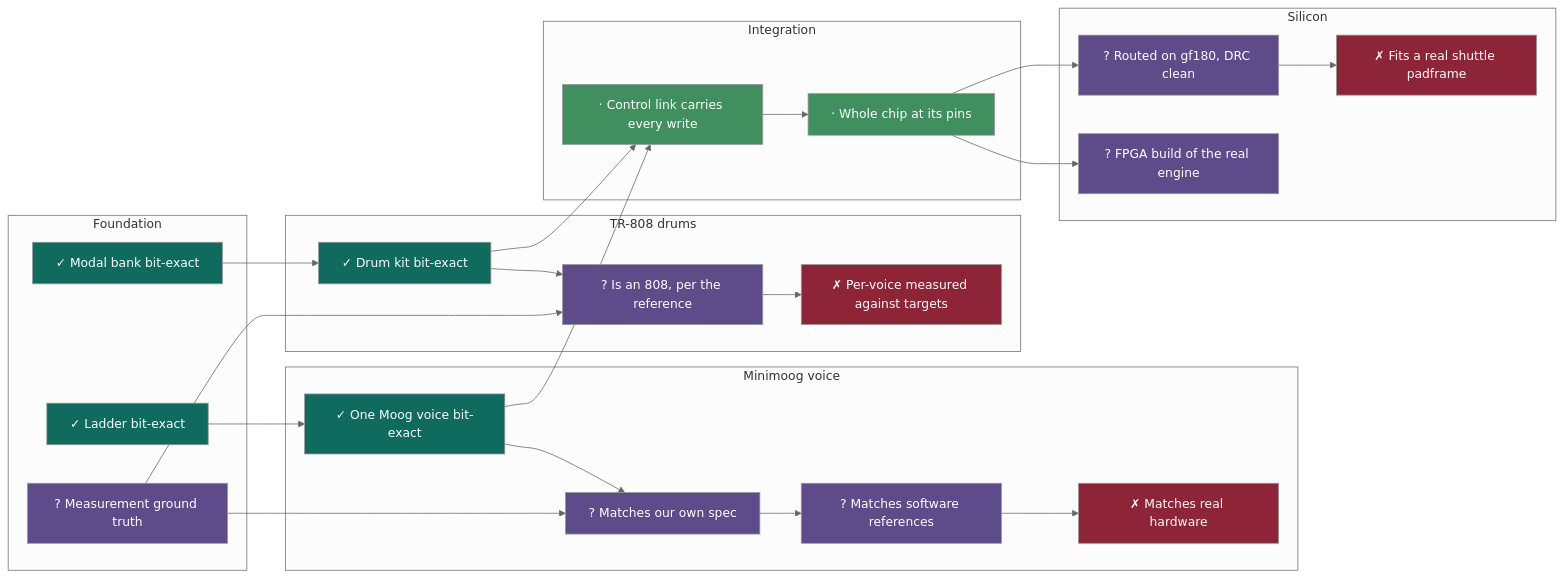
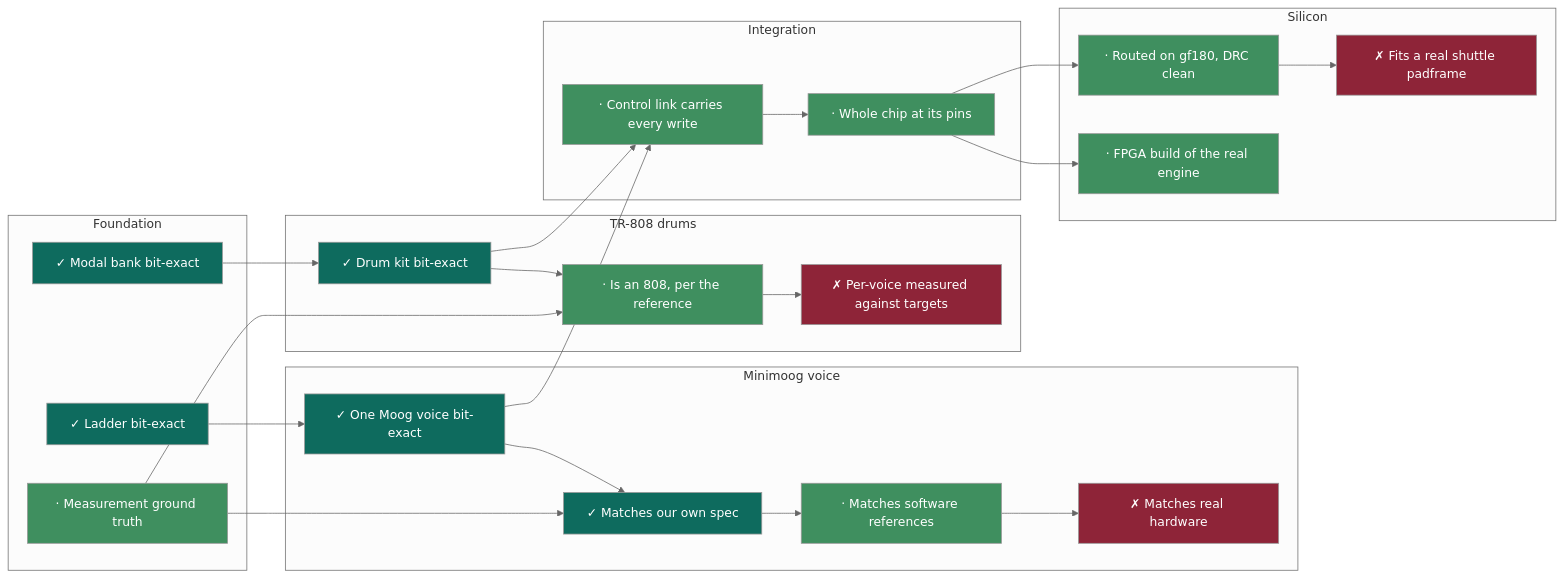
One commit to 2AMLogic/gf180-parasynth changed the diagram in README.md. Above: the diagram before and after it, drawn with Mermaid (neutral theme). The commit also changed other lines of this file, not shown here.

Commit message:
Regenerate the roadmap table over the merged records
docs/dag-results.json union-merged: slow nodes keep this branch's nightly
evidence (91398a0c, all six passed), fast nodes take origin/main's fresher
[dag] records (307e46fb). The table is re-rendered from those records so the
committed README matches the committed evidence; compile_dag.py --check exits 0
with D3 RED accurately reported.

````diff
--- a/README.md
+++ b/README.md
@@ -69,58 +69,58 @@
 ```mermaid
 graph LR
   subgraph foundation["Foundation"]
     F1["✓ Ladder bit-exact"]
     F2["✓ Modal bank bit-exact"]
-    F3["? Measurement ground truth"]
+    F3["· Measurement ground truth"]
   end
   subgraph minimoog["Minimoog voice"]
     M1["✓ One Moog voice bit-exact"]
-    M2["? Matches our own spec"]
-    M3["? Matches software references"]
+    M2["✓ Matches our own spec"]
+    M3["· Matches software references"]
     M4["✗ Matches real hardware"]
   end
   subgraph drums["TR-808 drums"]
     D1["✓ Drum kit bit-exact"]
-    D2["? Is an 808, per the reference"]
+    D2["· Is an 808, per the reference"]
     D3["✗ Per-voice measured against targets"]
   end
   subgraph integration["Integration"]
     I1["· Control link carries every write"]
     I2["· Whole chip at its pins"]
   end
   subgraph silicon["Silicon"]
-    S1["? Routed on gf180, DRC clean"]
+    S1["· Routed on gf180, DRC clean"]
     S2["✗ Fits a real shuttle padframe"]
-    S3["? FPGA build of the real engine"]
+    S3["· FPGA build of the real engine"]
   end
   F1 --> M1
   M1 --> M2
   F3 --> M2
   M2 --> M3
   M3 --> M4
   F2 --> D1
   D1 --> D2
   F3 --> D2
   D2 --> D3
   M1 --> I1
   D1 --> I1
   I1 --> I2
   I2 --> S1
   S1 --> S2
   I2 --> S3
   style F1 fill:#0E6B5E,color:#fff
   style F2 fill:#0E6B5E,color:#fff
-  style F3 fill:#5E4B8A,color:#fff
+  style F3 fill:#3f8f5f,color:#fff
   style M1 fill:#0E6B5E,color:#fff
-  style M2 fill:#5E4B8A,color:#fff
-  style M3 fill:#5E4B8A,color:#fff
+  style M2 fill:#0E6B5E,color:#fff
+  style M3 fill:#3f8f5f,color:#fff
   style M4 fill:#8E2438,color:#fff
   style D1 fill:#0E6B5E,color:#fff
-  style D2 fill:#5E4B8A,color:#fff
+  style D2 fill:#3f8f5f,color:#fff
   style D3 fill:#8E2438,color:#fff
   style I1 fill:#3f8f5f,color:#fff
   style I2 fill:#3f8f5f,color:#fff
-  style S1 fill:#5E4B8A,color:#fff
+  style S1 fill:#3f8f5f,color:#fff
   style S2 fill:#8E2438,color:#fff
-  style S3 fill:#5E4B8A,color:#fff
+  style S3 fill:#3f8f5f,color:#fff
 ```
````
